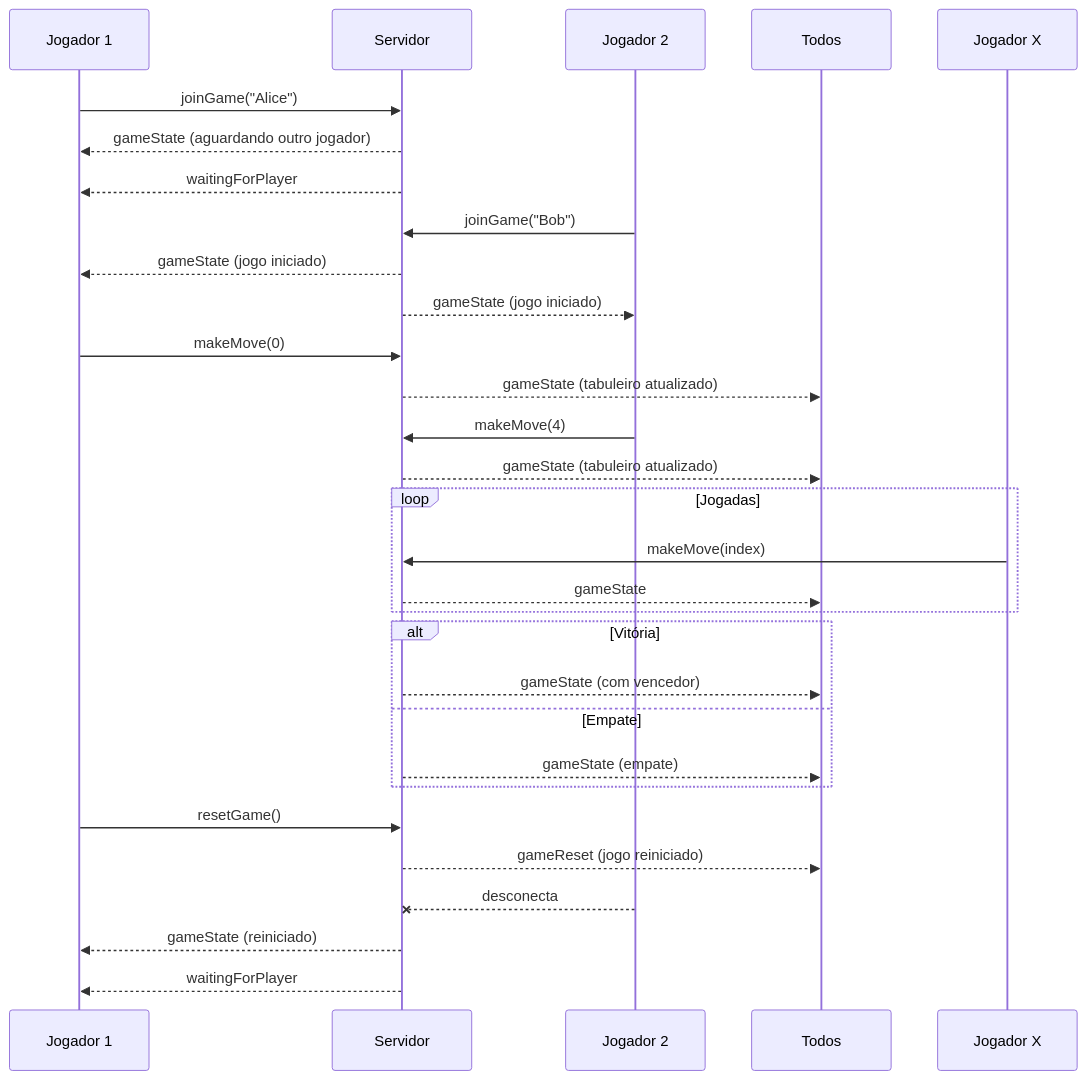
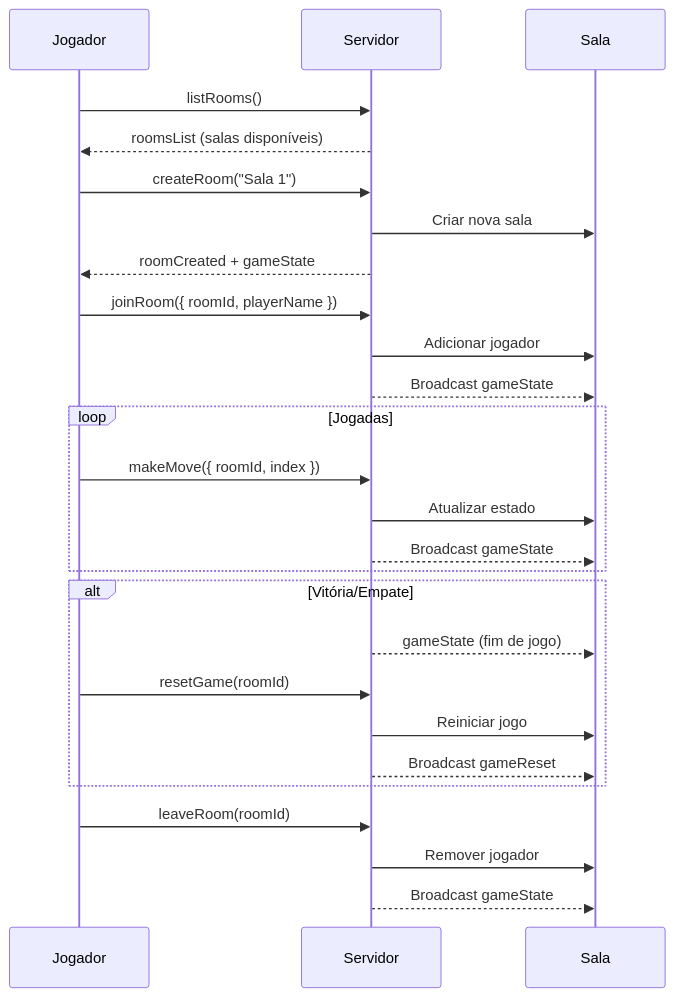
Before and after one commit to Pedro2000-ui/jogo-da-velha: the diagram in README.md, drawn with Mermaid. The commit also changed other lines of this file and 2 other files, not shown here.

````diff
--- a/README.md
+++ b/README.md
@@ -112,38 +103,34 @@
 ```mermaid
 sequenceDiagram
-    participant Jogador 1
+    participant Jogador
     participant Servidor
-    participant Jogador 2
+    participant Sala
 
-    Jogador 1->>Servidor: joinGame("Alice")
-    Servidor-->>Jogador 1: gameState (aguardando outro jogador)
-    Servidor-->>Jogador 1: waitingForPlayer
+    Jogador->>Servidor: listRooms()
+    Servidor-->>Jogador: roomsList (salas disponíveis)
 
-    Jogador 2->>Servidor: joinGame("Bob")
-    Servidor-->>Jogador 1: gameState (jogo iniciado)
-    Servidor-->>Jogador 2: gameState (jogo iniciado)
+    Jogador->>Servidor: createRoom("Sala 1")
+    Servidor->>Sala: Criar nova sala
+    Servidor-->>Jogador: roomCreated + gameState
 
-    Jogador 1->>Servidor: makeMove(0)
-    Servidor-->>Todos: gameState (tabuleiro atualizado)
-
-    Jogador 2->>Servidor: makeMove(4)
-    Servidor-->>Todos: gameState (tabuleiro atualizado)
+    Jogador->>Servidor: joinRoom({ roomId, playerName })
+    Servidor->>Sala: Adicionar jogador
+    Servidor-->>Sala: Broadcast gameState
 
     loop Jogadas
-        Jogador X->>Servidor: makeMove(index)
-        Servidor-->>Todos: gameState
+        Jogador->>Servidor: makeMove({ roomId, index })
+        Servidor->>Sala: Atualizar estado
+        Servidor-->>Sala: Broadcast gameState
     end
 
-    alt Vitória
-        Servidor-->>Todos: gameState (com vencedor)
-    else Empate
-        Servidor-->>Todos: gameState (empate)
+    alt Vitória/Empate
+        Servidor-->>Sala: gameState (fim de jogo)
+        Jogador->>Servidor: resetGame(roomId)
+        Servidor->>Sala: Reiniciar jogo
+        Servidor-->>Sala: Broadcast gameReset
     end
 
-    Jogador 1->>Servidor: resetGame()
-    Servidor-->>Todos: gameReset (jogo reiniciado)
-
-    Jogador 2--xServidor: desconecta
-    Servidor-->>Jogador 1: gameState (reiniciado)
-    Servidor-->>Jogador 1: waitingForPlayer
+    Jogador->>Servidor: leaveRoom(roomId)
+    Servidor->>Sala: Remover jogador
+    Servidor-->>Sala: Broadcast gameState
 ```
````
